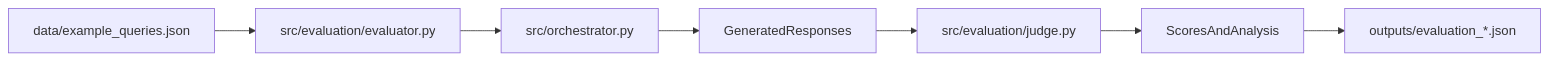
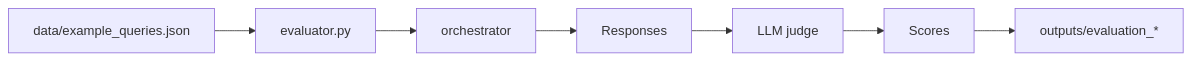
The second of 2 diagrams in README.md (dvjgenis/multi-agent-systems-lab), drawn with Mermaid before and after one commit. The commit also changed other lines of this file, not shown here.

````diff
--- a/README.md
+++ b/README.md
@@ -138,9 +151,9 @@
 ```mermaid
 flowchart LR
-  querySet["data/example_queries.json"] --> evaluator["src/evaluation/evaluator.py"]
-  evaluator --> orchestratorPath["src/orchestrator.py"]
-  orchestratorPath --> responses["GeneratedResponses"]
-  responses --> judge["src/evaluation/judge.py"]
-  judge --> metrics["ScoresAndAnalysis"]
-  metrics --> outputReports["outputs/evaluation_*.json"]
+  querySet["data/example_queries.json"] --> evaluator["evaluator.py"]
+  evaluator --> orchestratorPath["orchestrator"]
+  orchestratorPath --> responses["Responses"]
+  responses --> judge["LLM judge"]
+  judge --> metrics["Scores"]
+  metrics --> outputReports["outputs/evaluation_*"]
 ```
````
